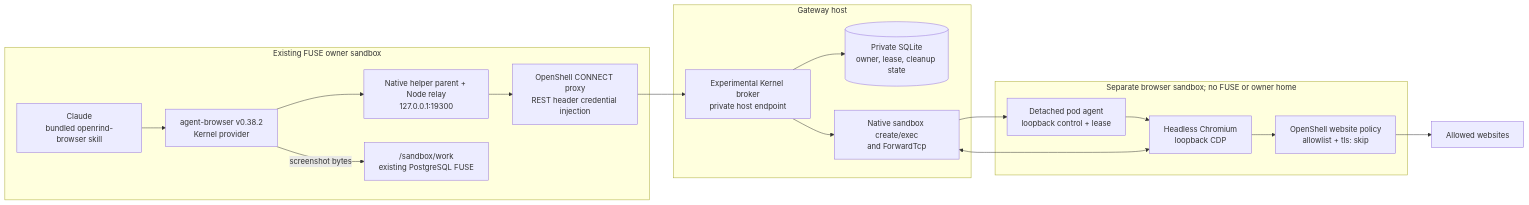
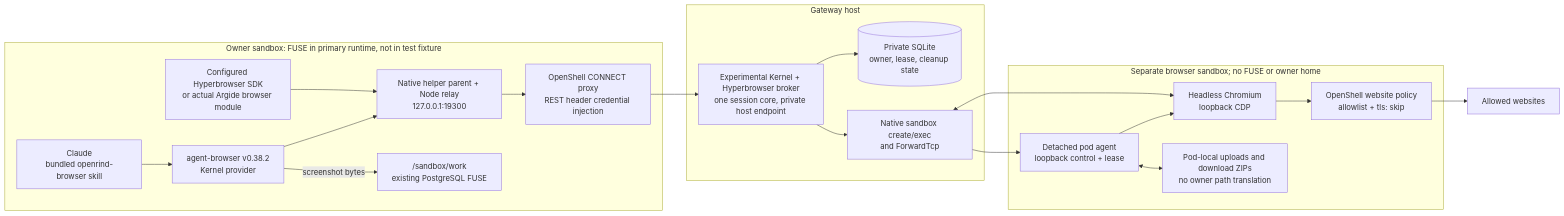
Before and after one commit to Pavitra-programmers/openeral: the fifth of 10 diagrams in ARCHITECTURE.md, drawn with Mermaid. The commit also changed other lines of this file and 56 other files, not shown here.

Commit message:
Harden browser pods and add Hyperbrowser and Argide validation

````diff
--- a/ARCHITECTURE.md
+++ b/ARCHITECTURE.md
@@ -235,29 +242,33 @@
 ```mermaid
 flowchart LR
-  subgraph owner["Existing FUSE owner sandbox"]
+  subgraph owner["Owner sandbox: FUSE in primary runtime, not in test fixture"]
     claude["Claude<br/>bundled openrind-browser skill"]
     client["agent-browser v0.38.2<br/>Kernel provider"]
+    sdk["Configured Hyperbrowser SDK<br/>or actual Argide browser module"]
     helper["Native helper parent + Node relay<br/>127.0.0.1:19300"]
     ownerproxy["OpenShell CONNECT proxy<br/>REST header credential injection"]
     files["/sandbox/work<br/>existing PostgreSQL FUSE"]
     claude --> client --> helper --> ownerproxy
+    sdk --> helper
     client -->|"screenshot bytes"| files
   end
   subgraph host["Gateway host"]
-    broker["Experimental Kernel broker<br/>private host endpoint"]
+    broker["Experimental Kernel + Hyperbrowser broker<br/>one session core, private host endpoint"]
     db[("Private SQLite<br/>owner, lease, cleanup state")]
     native["Native sandbox create/exec<br/>and ForwardTcp"]
     broker --> db
     broker --> native
   end
   subgraph pod["Separate browser sandbox; no FUSE or owner home"]
     control["Detached pod agent<br/>loopback control + lease"]
     chromium["Headless Chromium<br/>loopback CDP"]
+    artifacts["Pod-local uploads and download ZIPs<br/>no owner path translation"]
     webproxy["OpenShell website policy<br/>allowlist + tls: skip"]
     control --> chromium --> webproxy
+    control <--> artifacts
   end
   ownerproxy --> broker
   native --> control
   native <--> chromium
   webproxy --> web["Allowed websites"]
 ```
````
